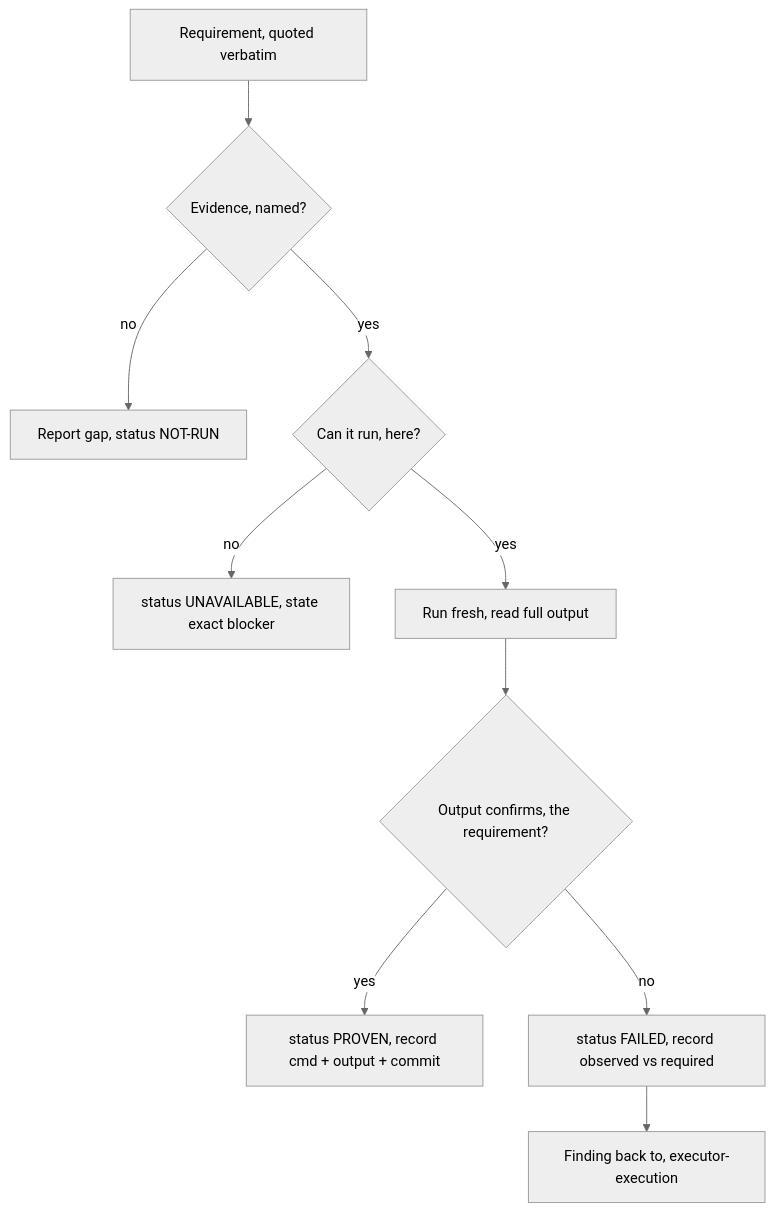
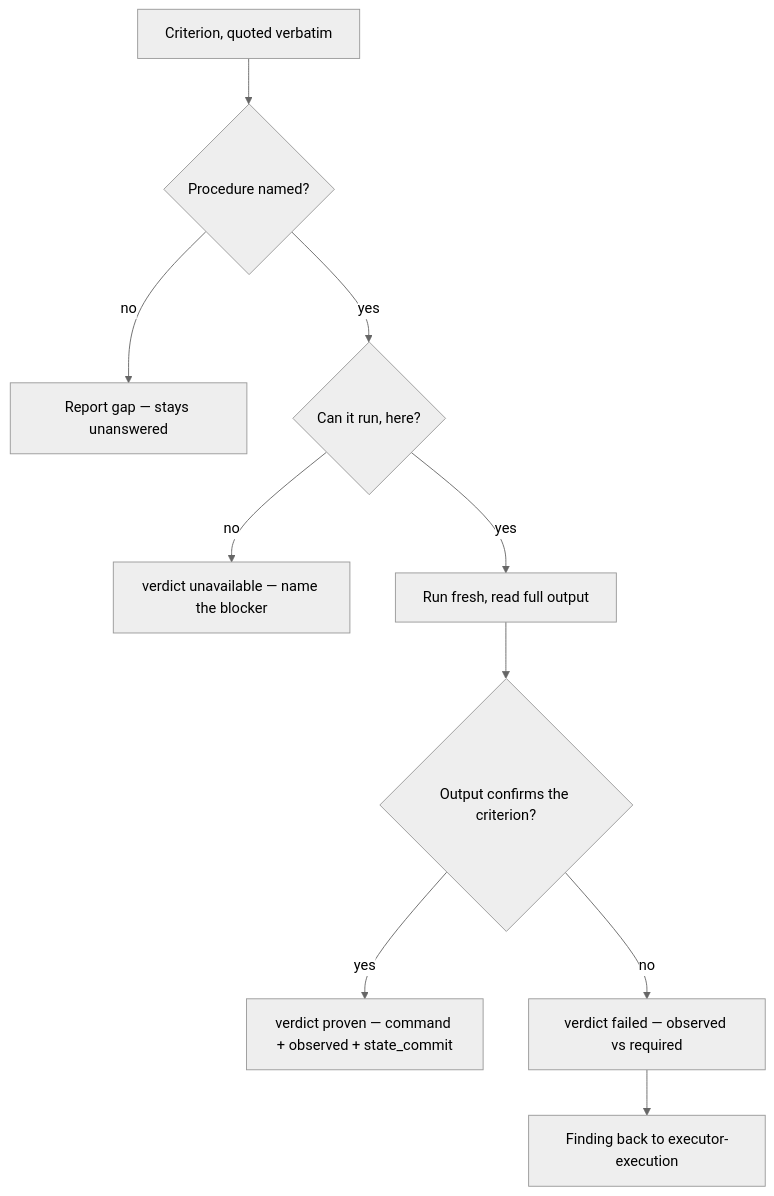
Before and after one commit to Atri10/executor: the diagram in skills/executor-verification/SKILL.md, drawn with Mermaid (neutral theme). The commit also changed other lines of this file and 40 other files, not shown here.

````diff
--- a/skills/executor-verification/SKILL.md
+++ b/skills/executor-verification/SKILL.md
@@ -96,12 +94,12 @@
 ```mermaid
 flowchart TB
-    RQ["Requirement, quoted verbatim"] --> EV{"Evidence, named?"}
-    EV -->|"no"| GAP["Report gap, status NOT-RUN"]
+    RQ["Criterion, quoted verbatim"] --> EV{"Procedure named?"}
+    EV -->|"no"| GAP["Report gap — stays unanswered"]
     EV -->|"yes"| CAN{"Can it run, here?"}
-    CAN -->|"no"| UN["status UNAVAILABLE, state exact blocker"]
+    CAN -->|"no"| UN["verdict unavailable — name the blocker"]
     CAN -->|"yes"| RUN["Run fresh, read full output"]
-    RUN --> MT{"Output confirms, the requirement?"}
-    MT -->|"yes"| PR["status PROVEN, record cmd + output + commit"]
-    MT -->|"no"| FL["status FAILED, record observed vs required"]
-    FL --> FIND["Finding back to, executor-execution"]
+    RUN --> MT{"Output confirms the criterion?"}
+    MT -->|"yes"| PR["verdict proven — command + observed + state_commit"]
+    MT -->|"no"| FL["verdict failed — observed vs required"]
+    FL --> FIND["Finding back to executor-execution"]
 ```
````
